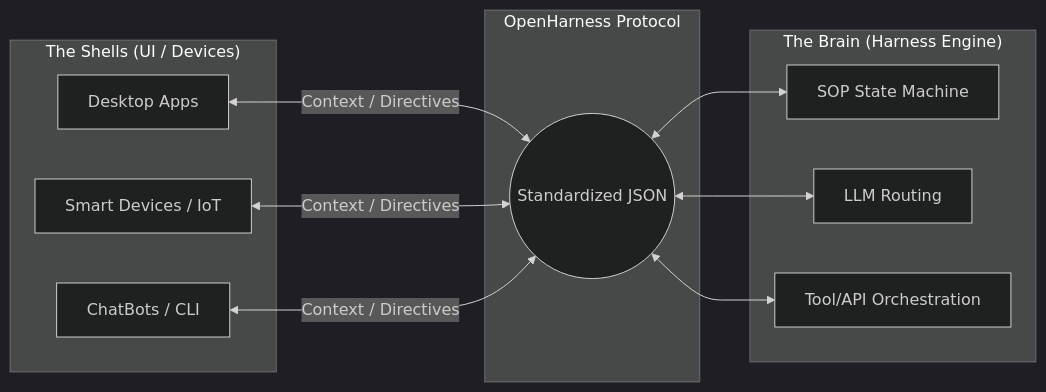
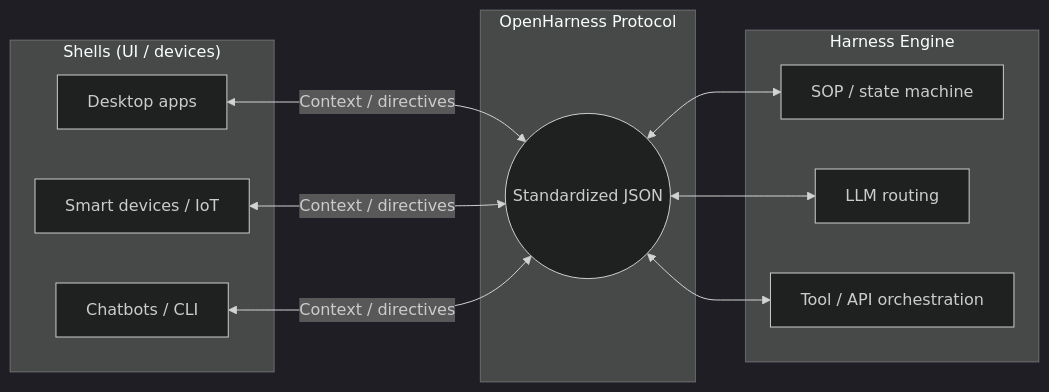
The diagram in README.md (SynSwarm/OpenHarness), drawn with Mermaid (dark theme) before and after one commit. The commit also changed other lines of this file, not shown here.

````diff
--- a/README.md
+++ b/README.md
@@ -22,26 +40,26 @@
 ```mermaid
 graph LR
-    subgraph "The Shells (UI / Devices)"
-        A[Desktop Apps]
-        B[Smart Devices / IoT]
-        C[ChatBots / CLI]
+    subgraph "Shells (UI / devices)"
+        A[Desktop apps]
+        B[Smart devices / IoT]
+        C[Chatbots / CLI]
     end
 
     subgraph "OpenHarness Protocol"
         D((Standardized JSON))
     end
 
-    subgraph "The Brain (Harness Engine)"
-        E[SOP State Machine]
-        F[LLM Routing]
-        G[Tool/API Orchestration]
+    subgraph "Harness Engine"
+        E[SOP / state machine]
+        F[LLM routing]
+        G[Tool / API orchestration]
     end
 
-    A <-->|Context / Directives| D
-    B <-->|Context / Directives| D
-    C <-->|Context / Directives| D
-    
+    A <-->|Context / directives| D
+    B <-->|Context / directives| D
+    C <-->|Context / directives| D
+
     D <--> E
     D <--> F
     D <--> G
 ```
````
